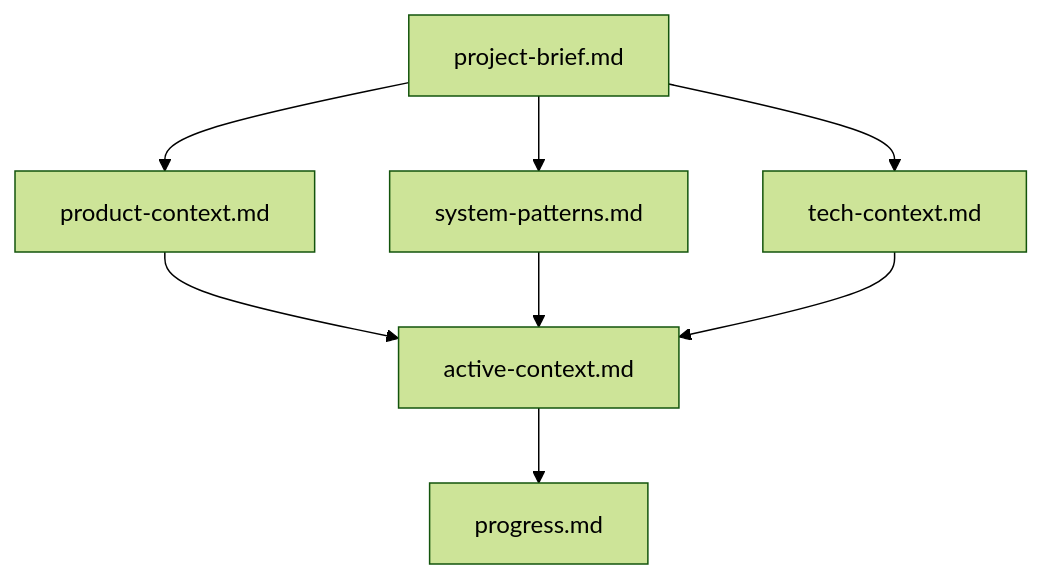
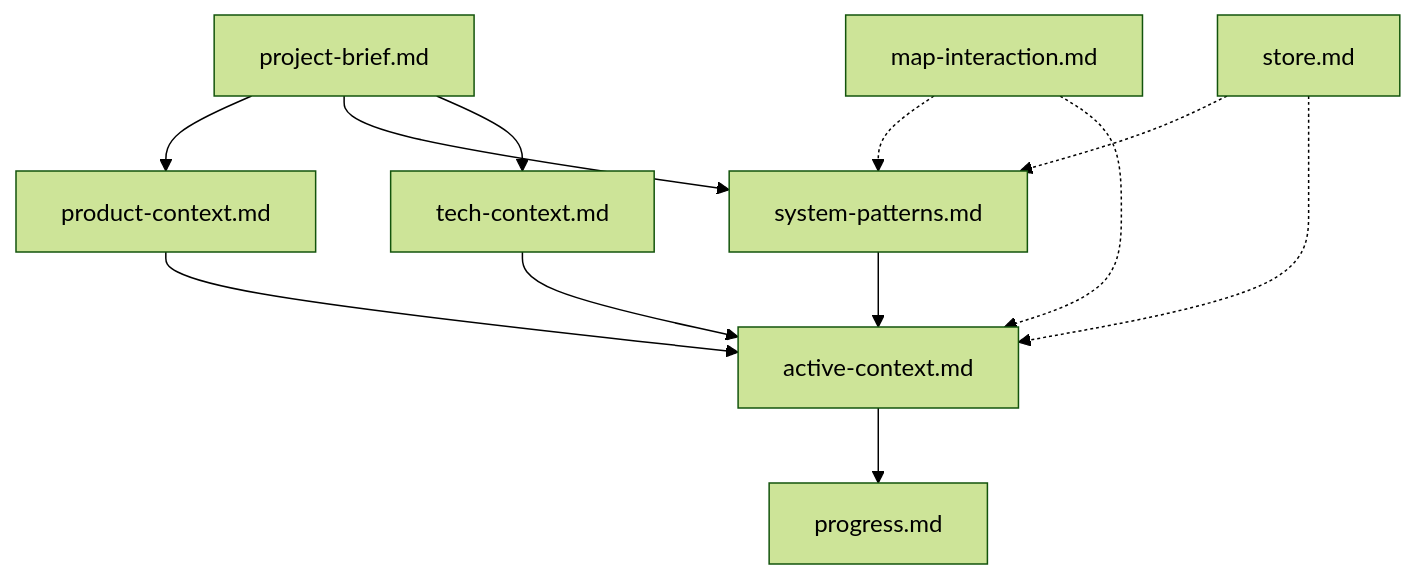
The first of 3 diagrams in .github/instructions/memory-bank/memory-bank.instructions.md (y-ichiuji/jam-checker), drawn with Mermaid (forest theme) before and after one commit. The commit also changed other lines of this file and 4 other files, not shown here.

````diff
--- a/.github/instructions/memory-bank/memory-bank.instructions.md
+++ b/.github/instructions/memory-bank/memory-bank.instructions.md
@@ -9,12 +9,17 @@
 ```mermaid
 flowchart TD
     PB[project-brief.md] --> PC[product-context.md]
     PB --> SP[system-patterns.md]
     PB --> TC[tech-context.md]
 
     PC --> AC[active-context.md]
     SP --> AC
     TC --> AC
 
     AC --> P[progress.md]
+
+    MI[map-interaction.md] -.-> SP
+    MI -.-> AC
+    Store[store.md] -.-> SP
+    Store -.-> AC
 ```
````
